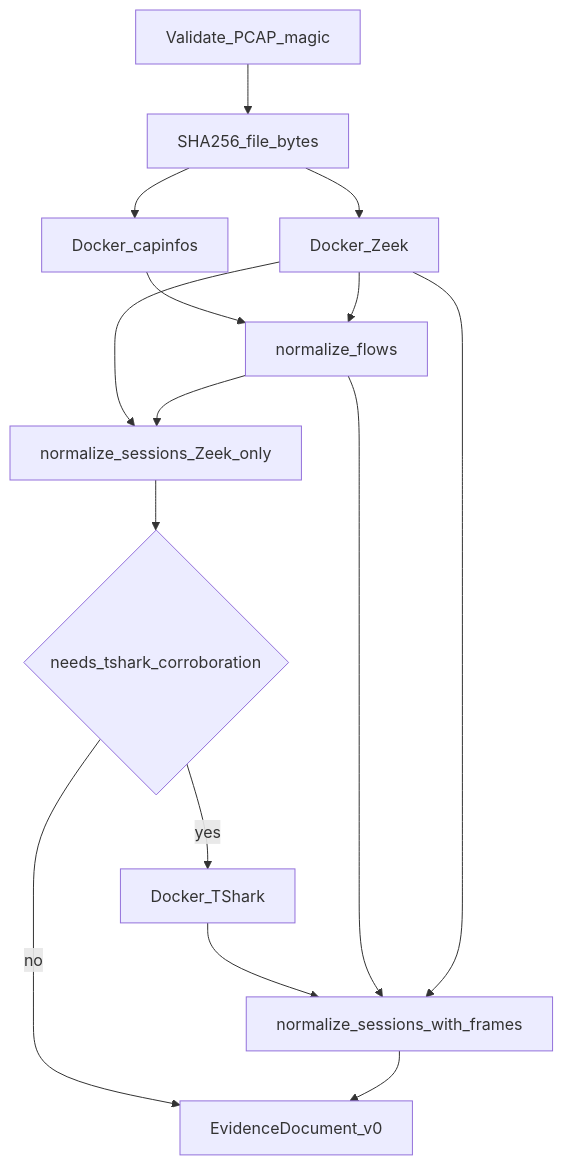
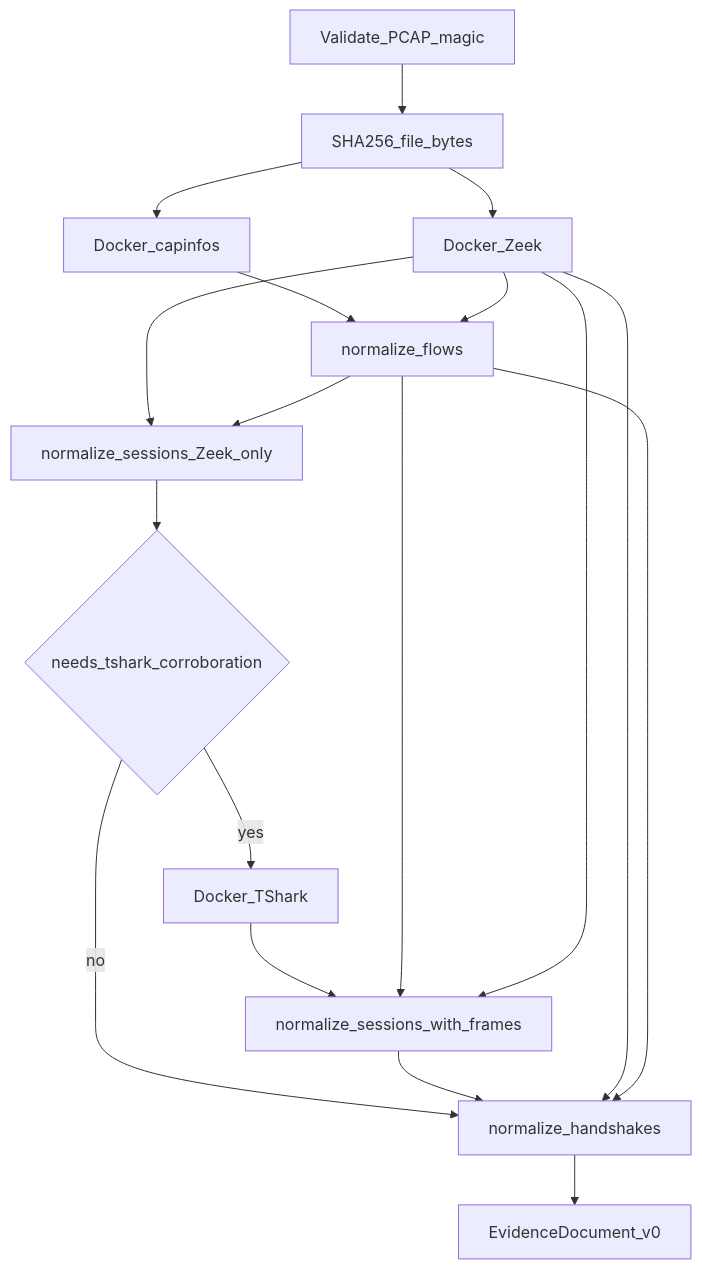
The diagram in docs/pipeline.md (piyushk6626/SecureMail), drawn with Mermaid before and after one commit. The commit also changed other lines of this file and 112 other files, not shown here.

````diff
--- a/docs/pipeline.md
+++ b/docs/pipeline.md
@@ -7,27 +7,31 @@
 ```mermaid
 flowchart TD
   intake[Validate_PCAP_magic]
   hash[SHA256_file_bytes]
   pre[Docker_capinfos]
   zeek[Docker_Zeek]
   flows[normalize_flows]
   sess1[normalize_sessions_Zeek_only]
   gate{needs_tshark_corroboration}
   tshark[Docker_TShark]
   sess2[normalize_sessions_with_frames]
+  hs[normalize_handshakes]
   out[EvidenceDocument_v0]
   intake --> hash
   hash --> pre
   hash --> zeek
   pre --> flows
   zeek --> flows
   zeek --> sess1
   flows --> sess1
   sess1 --> gate
-  gate -->|no| out
+  gate -->|no| hs
   gate -->|yes| tshark
   tshark --> sess2
   flows --> sess2
   zeek --> sess2
-  sess2 --> out
+  sess2 --> hs
+  zeek --> hs
+  flows --> hs
+  hs --> out
 ```
````
